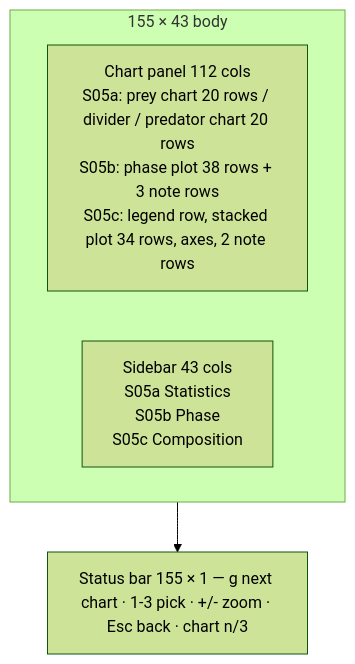
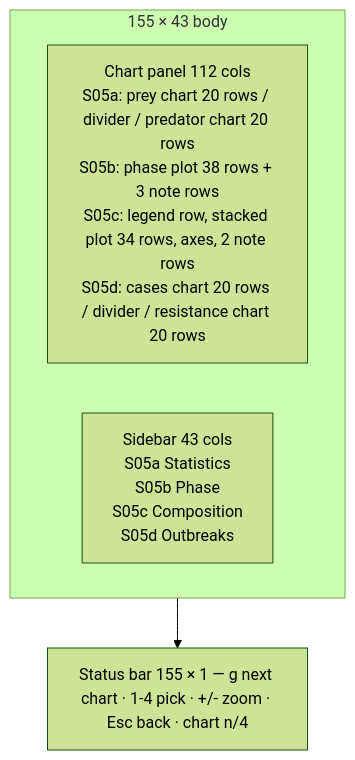
One commit to sbayer55/sim-fortress changed the diagram in docs/screens/s05-population-charts.md. Above: the diagram before and after it, drawn with Mermaid (forest theme). The commit also changed other lines of this file and 49 other files, not shown here.

````diff
--- a/docs/screens/s05-population-charts.md
+++ b/docs/screens/s05-population-charts.md
@@ -32,10 +36,10 @@
 ```mermaid
 flowchart TB
     subgraph body["155 × 43 body"]
         direction LR
-        chart["Chart panel 112 cols<br/>S05a: prey chart 20 rows / divider / predator chart 20 rows<br/>S05b: phase plot 38 rows + 3 note rows<br/>S05c: legend row, stacked plot 34 rows, axes, 2 note rows"]
-        side["Sidebar 43 cols<br/>S05a Statistics<br/>S05b Phase<br/>S05c Composition"]
+        chart["Chart panel 112 cols<br/>S05a: prey chart 20 rows / divider / predator chart 20 rows<br/>S05b: phase plot 38 rows + 3 note rows<br/>S05c: legend row, stacked plot 34 rows, axes, 2 note rows<br/>S05d: cases chart 20 rows / divider / resistance chart 20 rows"]
+        side["Sidebar 43 cols<br/>S05a Statistics<br/>S05b Phase<br/>S05c Composition<br/>S05d Outbreaks"]
     end
-    status["Status bar 155 × 1 — g next chart · 1-3 pick · +/- zoom · Esc back · chart n/3"]
+    status["Status bar 155 × 1 — g next chart · 1-4 pick · +/- zoom · Esc back · chart n/4"]
     body --> status
 ```
````
